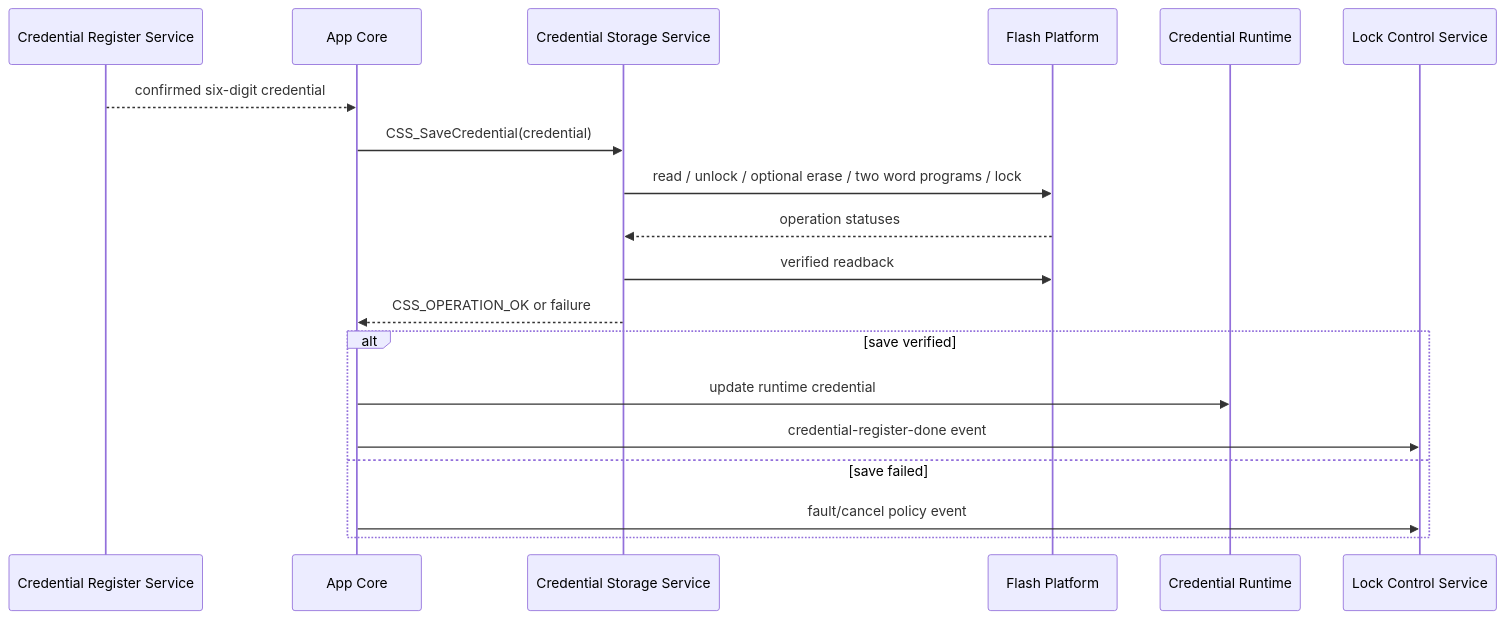
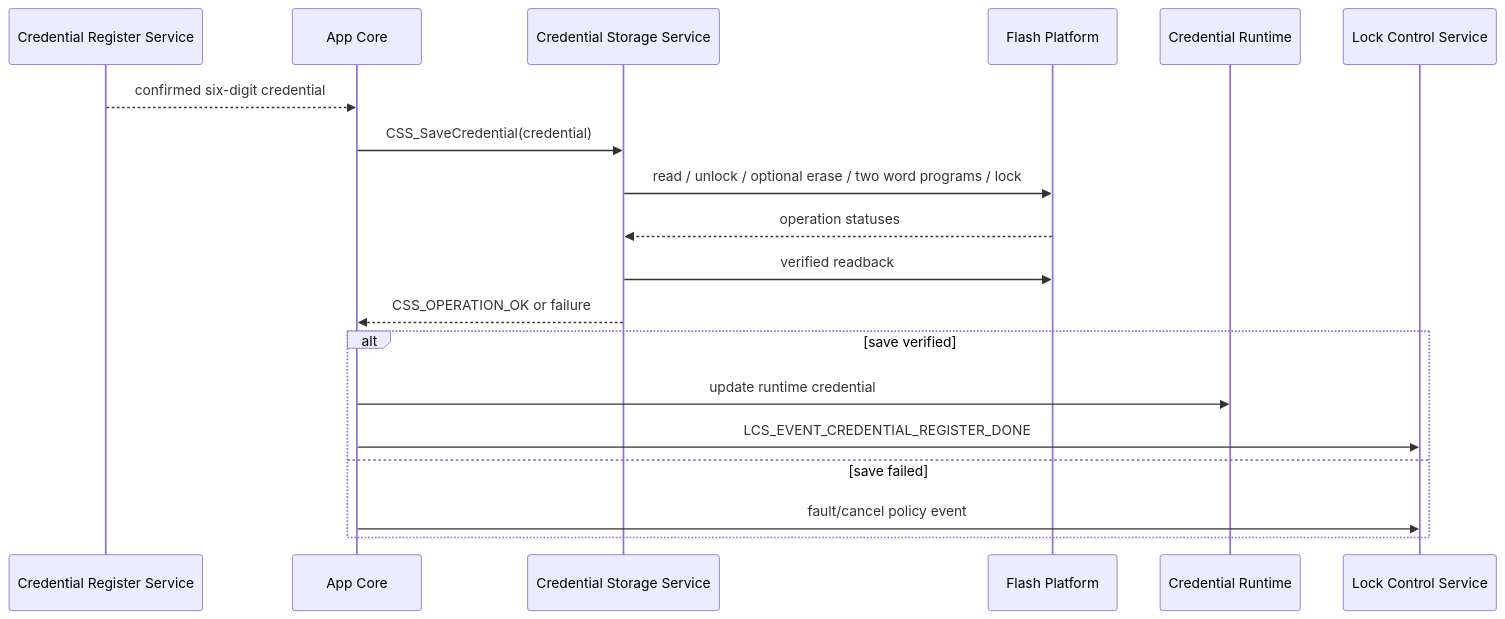
One commit to JP-REY/STM32F103C8T6-Based-Electronic-Lock changed the fourth of 4 diagrams in Libs/Services/Credential_Storage/README.md. Above: the diagram before and after it, drawn with Mermaid. The commit also changed other lines of this file and 6 other files, not shown here.

First line of the commit message:
feature(lock-control): add credential register state and authorization flow

````diff
--- a/Libs/Services/Credential_Storage/README.md
+++ b/Libs/Services/Credential_Storage/README.md
@@ -622,22 +627,22 @@
 ```mermaid
 sequenceDiagram
     participant CRS as Credential Register Service
     participant APP as App Core
     participant CSS as Credential Storage Service
     participant FLASH as Flash Platform
     participant RAM as Credential Runtime
     participant LCS as Lock Control Service
 
     CRS-->>APP: confirmed six-digit credential
     APP->>CSS: CSS_SaveCredential(credential)
     CSS->>FLASH: read / unlock / optional erase / two word programs / lock
     FLASH-->>CSS: operation statuses
     CSS->>FLASH: verified readback
     CSS-->>APP: CSS_OPERATION_OK or failure
     alt save verified
         APP->>RAM: update runtime credential
-        APP->>LCS: credential-register-done event
+        APP->>LCS: LCS_EVENT_CREDENTIAL_REGISTER_DONE
     else save failed
         APP->>LCS: fault/cancel policy event
     end
 ```
````
